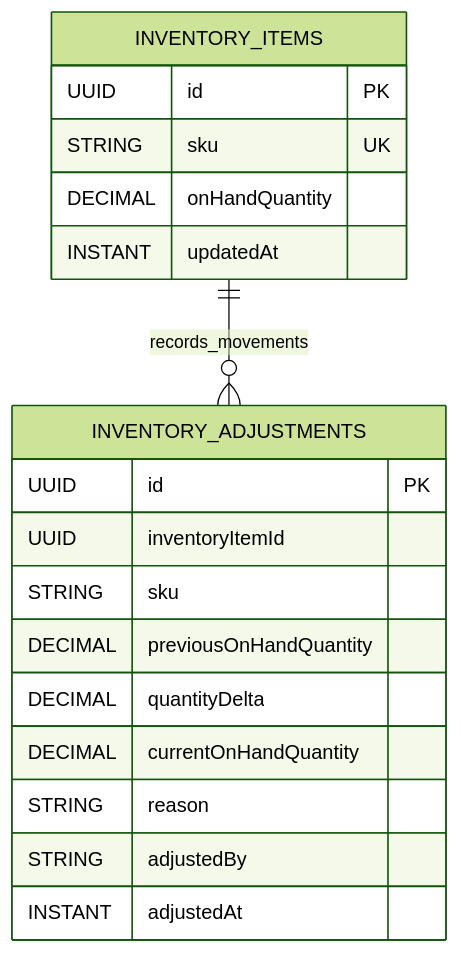
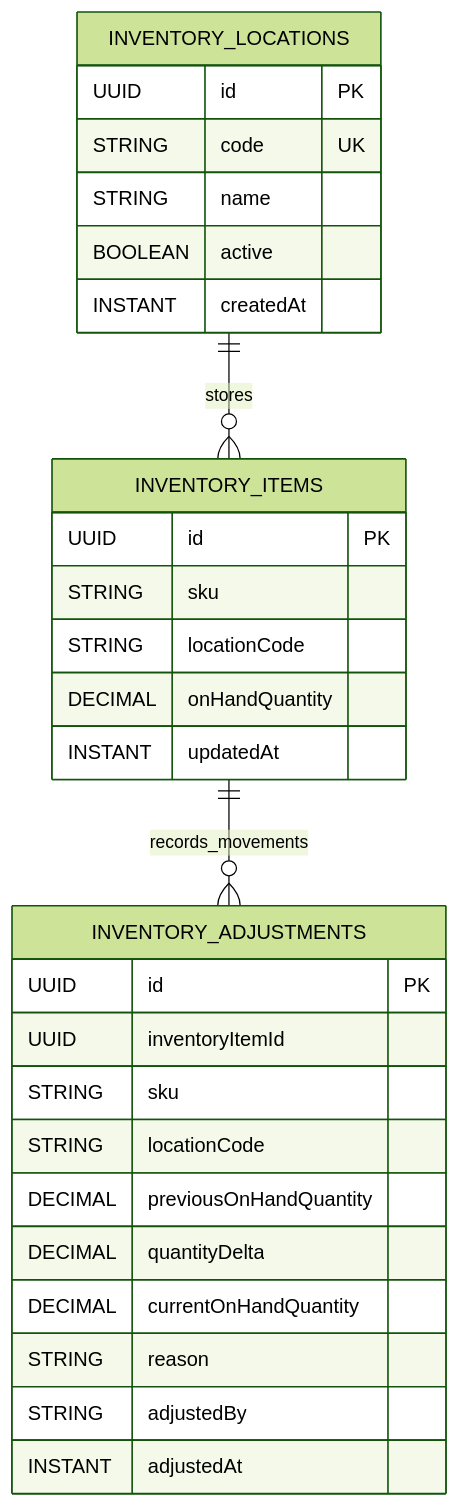
The diagram in docs/inventory-data-model.md (ArcanaERP/platform), drawn with Mermaid (forest theme) before and after one commit. The commit also changed other lines of this file and 20 other files, not shown here.

Commit message:
feat: add location-aware inventory stock and adjustments

````diff
--- a/docs/inventory-data-model.md
+++ b/docs/inventory-data-model.md
@@ -7,23 +7,34 @@
 ```mermaid
 erDiagram
+    INVENTORY_LOCATIONS ||--o{ INVENTORY_ITEMS : stores
     INVENTORY_ITEMS ||--o{ INVENTORY_ADJUSTMENTS : records_movements
+
+    INVENTORY_LOCATIONS {
+      UUID id PK
+      STRING code UK
+      STRING name
+      BOOLEAN active
+      INSTANT createdAt
+    }
 
     INVENTORY_ITEMS {
       UUID id PK
-      STRING sku UK
+      STRING sku
+      STRING locationCode
       DECIMAL onHandQuantity
       INSTANT updatedAt
     }
 
     INVENTORY_ADJUSTMENTS {
       UUID id PK
       UUID inventoryItemId
       STRING sku
+      STRING locationCode
       DECIMAL previousOnHandQuantity
       DECIMAL quantityDelta
       DECIMAL currentOnHandQuantity
       STRING reason
       STRING adjustedBy
       INSTANT adjustedAt
     }
 ```
````
